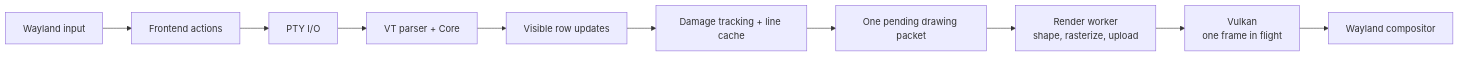
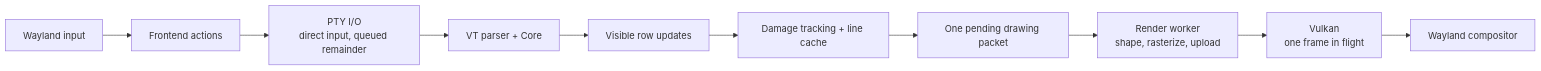
The second of 2 diagrams in README.md (NEX-S/nextty), drawn with Mermaid before and after one commit. The commit also changed other lines of this file and 56 other files, not shown here.

````diff
--- a/README.md
+++ b/README.md
@@ -192,12 +214,12 @@
 ```mermaid
 flowchart LR
     Input["Wayland input"] --> Actions["Frontend actions"]
-    Actions --> IO["PTY I/O"]
+    Actions --> IO["PTY I/O<br/>direct input, queued remainder"]
     IO --> Parse["VT parser + Core"]
     Parse --> Snapshot["Visible row updates"]
     Snapshot --> Paint["Damage tracking + line cache"]
     Paint --> Packet["One pending drawing packet"]
     Packet --> Worker["Render worker<br/>shape, rasterize, upload"]
     Worker --> GPU["Vulkan<br/>one frame in flight"]
     GPU --> Present["Wayland compositor"]
 ```
````
